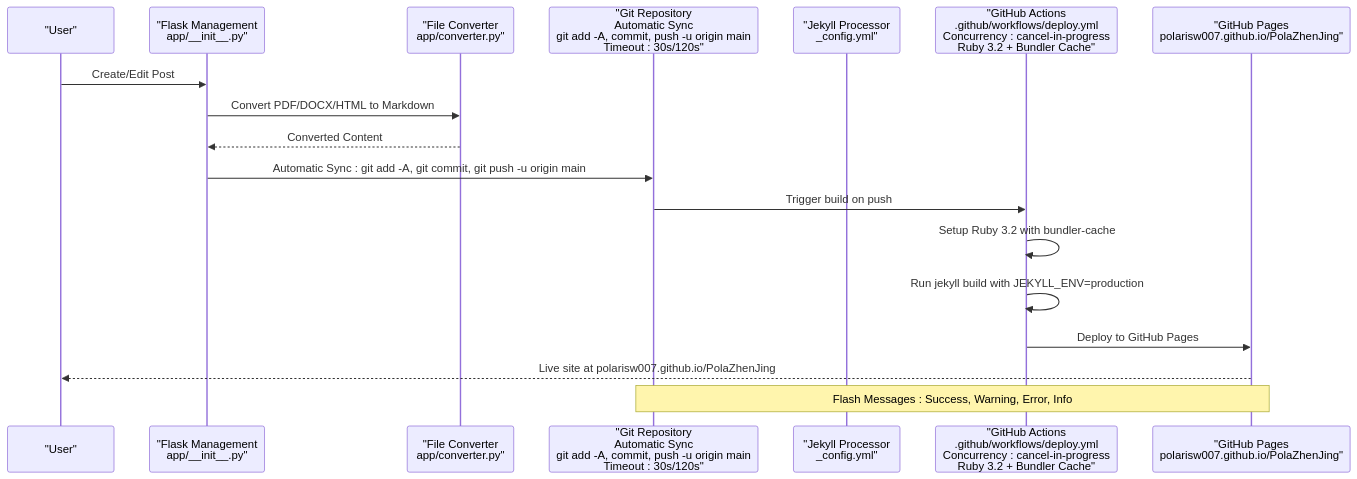
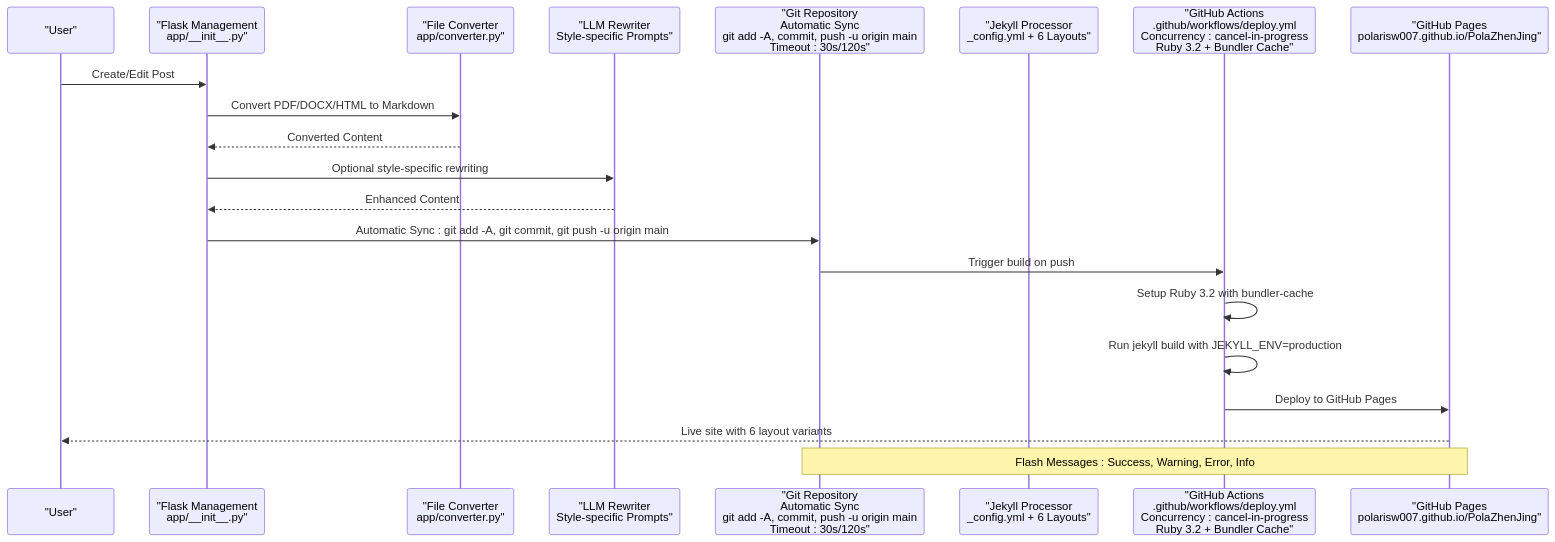
Before and after one commit to PolarisW007/PolaZhenJing: the second of 4 diagrams in .qoder/repowiki/en/content/Backend Application/Publishing Pipeline.md, drawn with Mermaid. The commit also changed other lines of this file and 6 other files, not shown here.

````diff
--- a/.qoder/repowiki/en/content/Backend Application/Publishing Pipeline.md
+++ b/.qoder/repowiki/en/content/Backend Application/Publishing Pipeline.md
@@ -166,20 +186,23 @@
 ```mermaid
 sequenceDiagram
 participant User as "User"
 participant Flask as "Flask Management<br/>app/__init__.py"
 participant Converter as "File Converter<br/>app/converter.py"
+participant LLM as "LLM Rewriter<br/>Style-specific Prompts"
 participant Git as "Git Repository<br/>Automatic Sync<br/>git add -A, commit, push -u origin main<br/>Timeout : 30s/120s"
-participant Jekyll as "Jekyll Processor<br/>_config.yml"
+participant Jekyll as "Jekyll Processor<br/>_config.yml + 6 Layouts"
 participant GH as "GitHub Actions<br/>.github/workflows/deploy.yml<br/>Concurrency : cancel-in-progress<br/>Ruby 3.2 + Bundler Cache"
 participant Pages as "GitHub Pages<br/>polarisw007.github.io/PolaZhenJing"
 User->>Flask : Create/Edit Post
 Flask->>Converter : Convert PDF/DOCX/HTML to Markdown
 Converter-->>Flask : Converted Content
+Flask->>LLM : Optional style-specific rewriting
+LLM-->>Flask : Enhanced Content
 Flask->>Git : Automatic Sync : git add -A, git commit, git push -u origin main
 Git->>GH : Trigger build on push
 GH->>GH : Setup Ruby 3.2 with bundler-cache
 GH->>GH : Run jekyll build with JEKYLL_ENV=production
 GH->>Pages : Deploy to GitHub Pages
-Pages-->>User : Live site at polarisw007.github.io/PolaZhenJing
+Pages-->>User : Live site with 6 layout variants
 Note over Git,Pages : Flash Messages : Success, Warning, Error, Info
 ```
````
